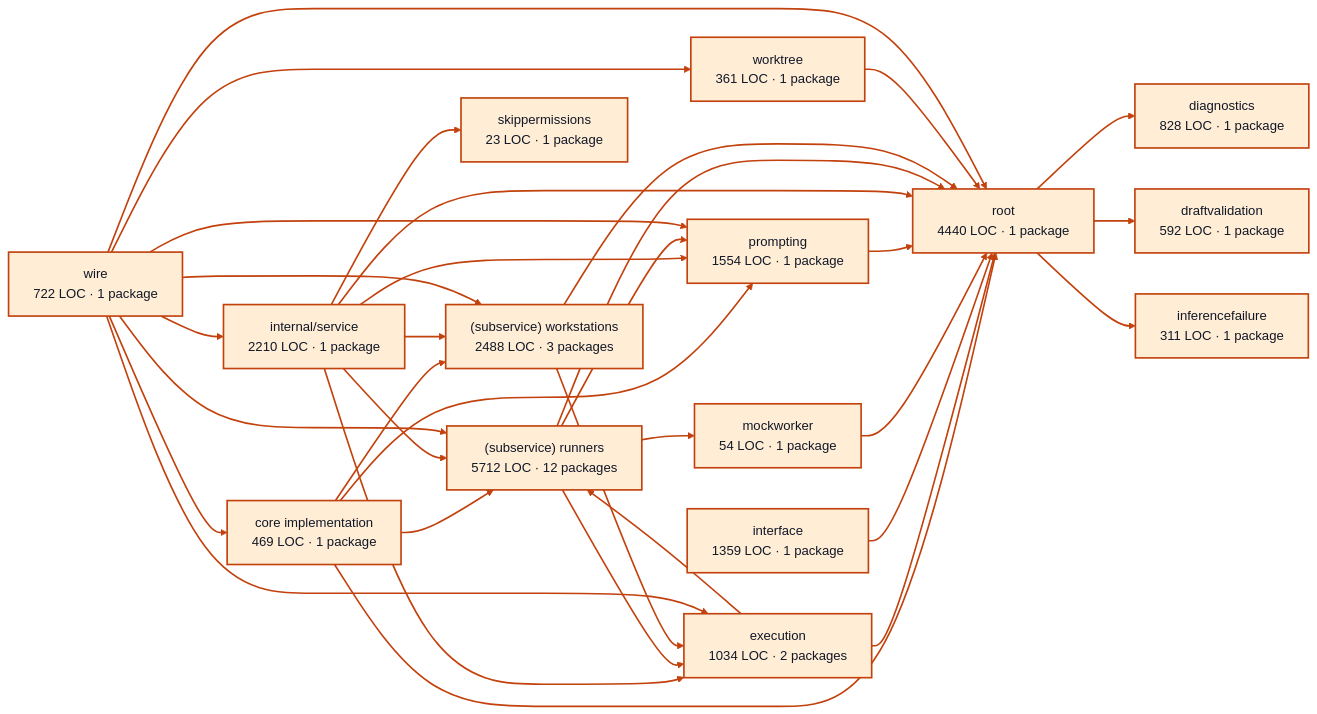
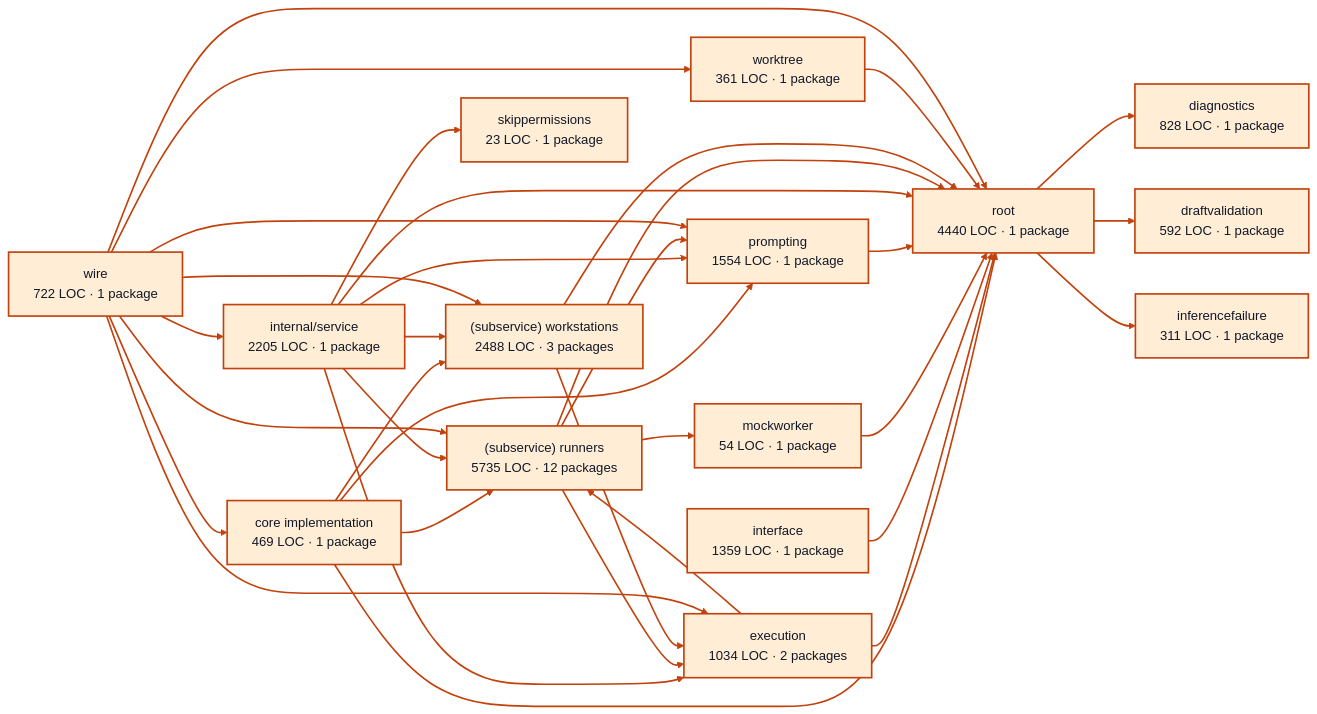
One commit to portpowered/you-agent-factory changed the diagram in docs/architecture/visualizations/services/workers.md. Above: the diagram before and after it, drawn with Mermaid (base theme). The commit also changed other lines of this file and 20 other files, not shown here.

Commit message:
docs: refresh backend architecture visualizations

````diff
--- a/docs/architecture/visualizations/services/workers.md
+++ b/docs/architecture/visualizations/services/workers.md
@@ -11,67 +11,67 @@
 ```mermaid
 flowchart LR
   p0["core implementation<br/>469 LOC · 1 package"]
   p1["diagnostics<br/>828 LOC · 1 package"]
   p2["draftvalidation<br/>592 LOC · 1 package"]
   p3["execution<br/>1034 LOC · 2 packages"]
   p4["inferencefailure<br/>311 LOC · 1 package"]
   p5["interface<br/>1359 LOC · 1 package"]
   p6["mockworker<br/>54 LOC · 1 package"]
   p7["prompting<br/>1554 LOC · 1 package"]
-  p8["internal/service<br/>2210 LOC · 1 package"]
-  p9["(subservice) runners<br/>5712 LOC · 12 packages"]
+  p8["internal/service<br/>2205 LOC · 1 package"]
+  p9["(subservice) runners<br/>5735 LOC · 12 packages"]
   p10["(subservice) workstations<br/>2488 LOC · 3 packages"]
   p11["skippermissions<br/>23 LOC · 1 package"]
   p12["worktree<br/>361 LOC · 1 package"]
   p13["root<br/>4440 LOC · 1 package"]
   p14["wire<br/>722 LOC · 1 package"]
   p0 --> p7
   p0 --> p9
   p0 --> p10
   p0 --> p13
   p3 --> p9
   p3 --> p13
   p5 --> p13
   p6 --> p13
   p7 --> p13
   p8 --> p3
   p8 --> p7
   p8 --> p9
   p8 --> p10
   p8 --> p11
   p8 --> p13
   p9 --> p3
   p9 --> p6
   p9 --> p7
   p9 --> p13
   p10 --> p3
   p10 --> p13
   p12 --> p13
   p13 --> p1
   p13 --> p2
   p13 --> p4
   p14 --> p0
   p14 --> p3
   p14 --> p7
   p14 --> p8
   p14 --> p9
   p14 --> p10
   p14 --> p12
   p14 --> p13
   style p0 fill:#ffedd5,stroke:#c2410c,stroke-width:2px,color:#111827
   style p1 fill:#ffedd5,stroke:#c2410c,stroke-width:2px,color:#111827
   style p2 fill:#ffedd5,stroke:#c2410c,stroke-width:2px,color:#111827
   style p3 fill:#ffedd5,stroke:#c2410c,stroke-width:2px,color:#111827
   style p4 fill:#ffedd5,stroke:#c2410c,stroke-width:2px,color:#111827
   style p5 fill:#ffedd5,stroke:#c2410c,stroke-width:2px,color:#111827
   style p6 fill:#ffedd5,stroke:#c2410c,stroke-width:2px,color:#111827
   style p7 fill:#ffedd5,stroke:#c2410c,stroke-width:2px,color:#111827
   style p8 fill:#ffedd5,stroke:#c2410c,stroke-width:2px,color:#111827
   style p9 fill:#ffedd5,stroke:#c2410c,stroke-width:2px,color:#111827
   style p10 fill:#ffedd5,stroke:#c2410c,stroke-width:2px,color:#111827
   style p11 fill:#ffedd5,stroke:#c2410c,stroke-width:2px,color:#111827
   style p12 fill:#ffedd5,stroke:#c2410c,stroke-width:2px,color:#111827
   style p13 fill:#ffedd5,stroke:#c2410c,stroke-width:2px,color:#111827
   style p14 fill:#ffedd5,stroke:#c2410c,stroke-width:2px,color:#111827
   linkStyle default stroke:#c2410c,stroke-width:2px
 ```
````
